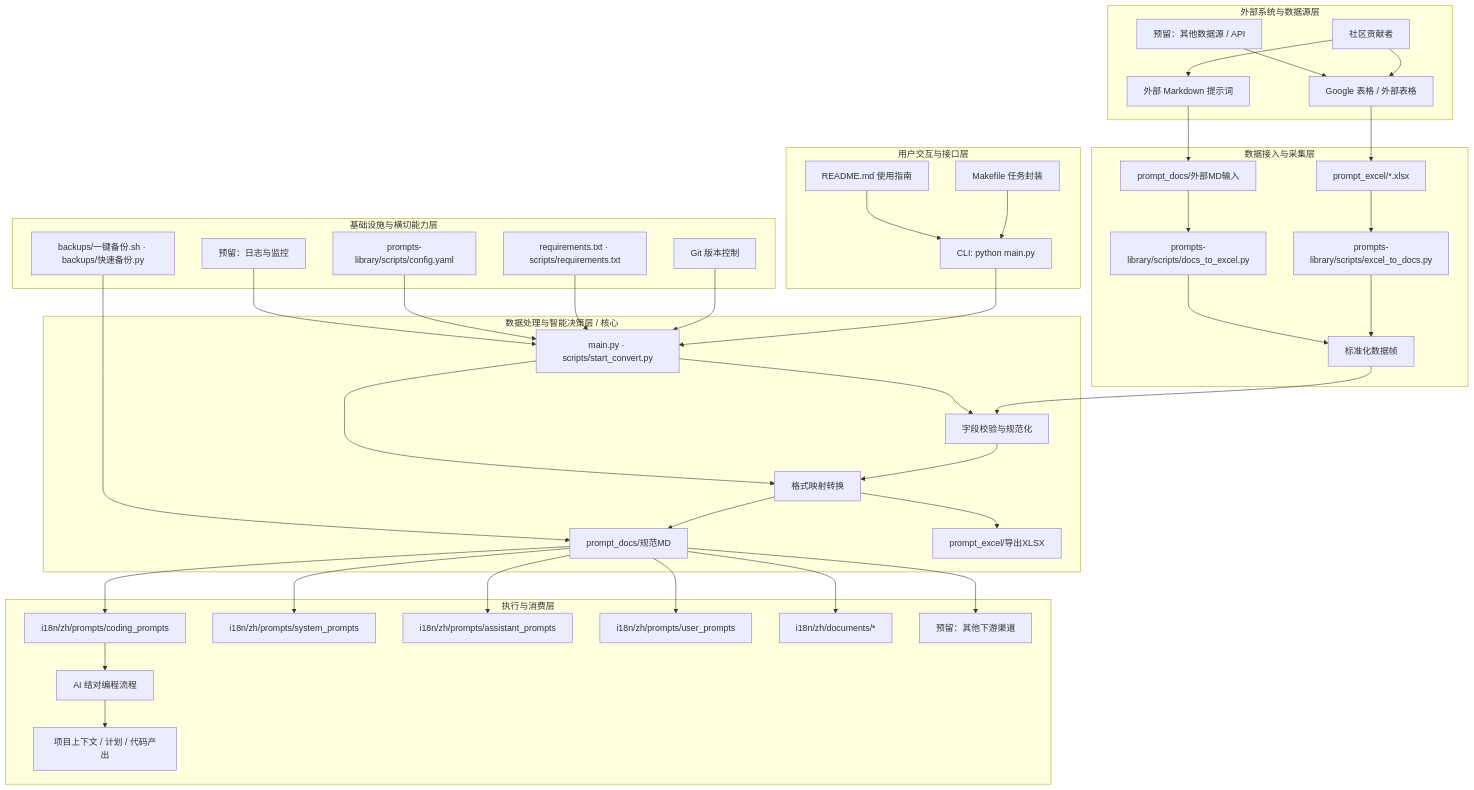
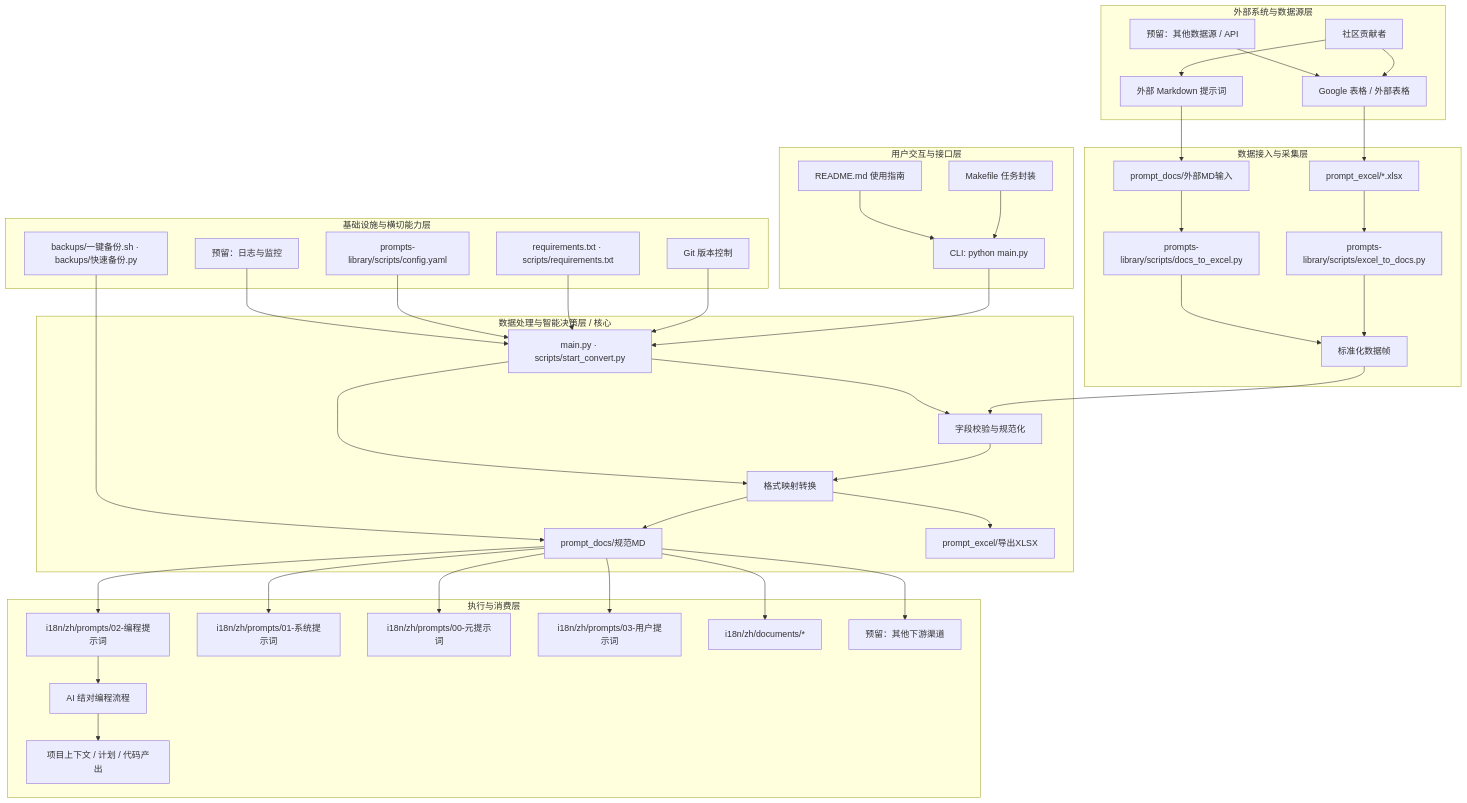
Before and after one commit to cliffwoodave14/vibe-coding-cn: the first of 2 diagrams in README.md, drawn with Mermaid. The commit also changed other lines of this file, not shown here.

First line of the commit message:
docs: update README.md prompts paths to new Chinese folder names

````diff
--- a/README.md
+++ b/README.md
@@ -438,62 +438,62 @@
 ```mermaid
 graph TB
   %% GitHub 兼容简化版（仅使用基础语法）
 
   subgraph ext_layer[外部系统与数据源层]
     ext_contrib[社区贡献者]
     ext_sheet[Google 表格 / 外部表格]
     ext_md[外部 Markdown 提示词]
     ext_api[预留：其他数据源 / API]
     ext_contrib --> ext_sheet
     ext_contrib --> ext_md
     ext_api --> ext_sheet
   end
 
   subgraph ingest_layer[数据接入与采集层]
     excel_raw[prompt_excel/*.xlsx]
     md_raw[prompt_docs/外部MD输入]
     excel_to_docs[prompts-library/scripts/excel_to_docs.py]
     docs_to_excel[prompts-library/scripts/docs_to_excel.py]
     ingest_bus[标准化数据帧]
     ext_sheet --> excel_raw
     ext_md --> md_raw
     excel_raw --> excel_to_docs
     md_raw --> docs_to_excel
     excel_to_docs --> ingest_bus
     docs_to_excel --> ingest_bus
   end
 
   subgraph core_layer[数据处理与智能决策层 / 核心]
     ingest_bus --> validate[字段校验与规范化]
     validate --> transform[格式映射转换]
     transform --> artifacts_md[prompt_docs/规范MD]
     transform --> artifacts_xlsx[prompt_excel/导出XLSX]
     orchestrator[main.py · scripts/start_convert.py] --> validate
     orchestrator --> transform
   end
 
   subgraph consume_layer[执行与消费层]
-    artifacts_md --> catalog_coding[i18n/zh/prompts/coding_prompts]
-    artifacts_md --> catalog_system[i18n/zh/prompts/system_prompts]
-    artifacts_md --> catalog_assist[i18n/zh/prompts/assistant_prompts]
-    artifacts_md --> catalog_user[i18n/zh/prompts/user_prompts]
+    artifacts_md --> catalog_coding[i18n/zh/prompts/02-编程提示词]
+    artifacts_md --> catalog_system[i18n/zh/prompts/01-系统提示词]
+    artifacts_md --> catalog_meta[i18n/zh/prompts/00-元提示词]
+    artifacts_md --> catalog_user[i18n/zh/prompts/03-用户提示词]
     artifacts_md --> docs_repo[i18n/zh/documents/*]
     artifacts_md --> new_consumer[预留：其他下游渠道]
     catalog_coding --> ai_flow[AI 结对编程流程]
     ai_flow --> deliverables[项目上下文 / 计划 / 代码产出]
   end
 
   subgraph ux_layer[用户交互与接口层]
     cli[CLI: python main.py] --> orchestrator
     makefile[Makefile 任务封装] --> cli
     readme[README.md 使用指南] --> cli
   end
 
   subgraph infra_layer[基础设施与横切能力层]
     git[Git 版本控制] --> orchestrator
     backups[backups/一键备份.sh · backups/快速备份.py] --> artifacts_md
     deps[requirements.txt · scripts/requirements.txt] --> orchestrator
     config[prompts-library/scripts/config.yaml] --> orchestrator
     monitor[预留：日志与监控] --> orchestrator
   end
 ```
````
